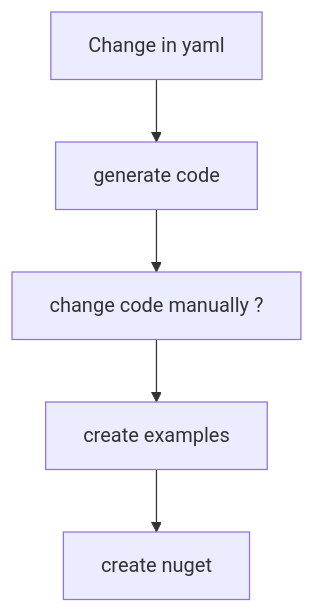
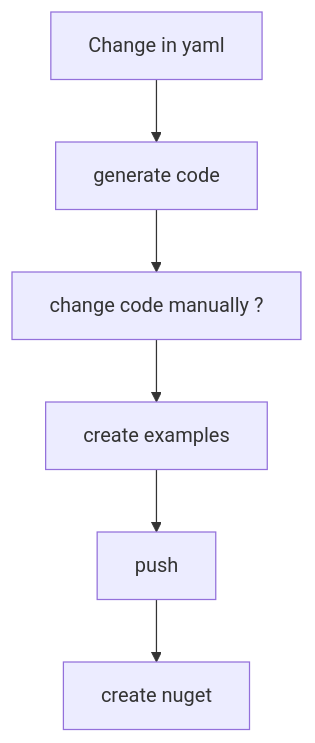
Before and after one commit to PxTools/PxApiSpecs: the diagram in generator/Readme.md, drawn with Mermaid.

````diff
--- a/generator/Readme.md
+++ b/generator/Readme.md
@@ -3,7 +3,8 @@
 ```mermaid
   graph TD;
       A[Change in yaml]-->B[generate code];
       B-->C[change code manually ?];
       C-->D[create examples];
-      D-->E[create nuget];
+      D-->E[push];
+      E-->F[create nuget];
 ```
````
